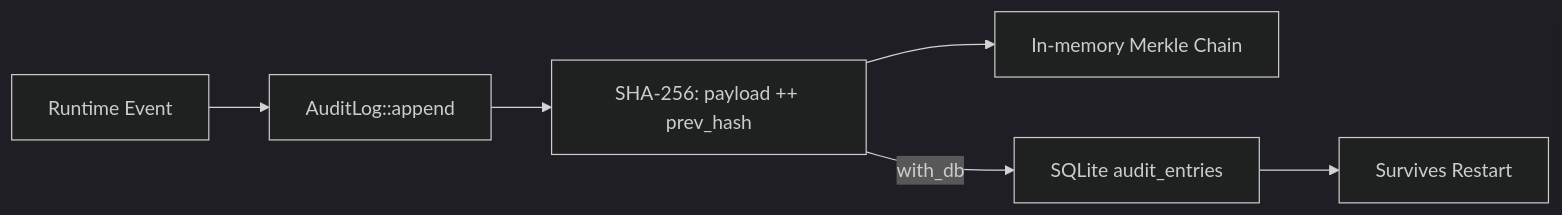
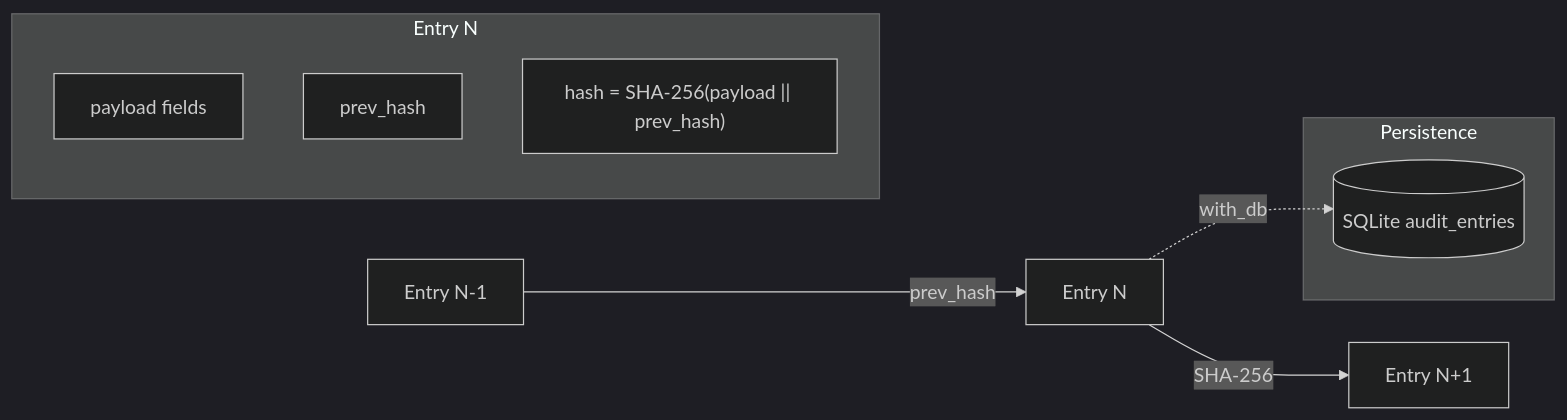
The diagram in other-librefang-runtime-audit.md (leszek3737/librefang-WIki), drawn with Mermaid (dark theme) before and after one commit. The commit also changed other lines of this file and 125 other files, not shown here.

````diff
--- a/other-librefang-runtime-audit.md
+++ b/other-librefang-runtime-audit.md
@@ -9,8 +15,18 @@
 ```mermaid
 flowchart LR
-    E[Runtime Event] --> A[AuditLog::append]
-    A --> H[SHA-256: payload ++ prev_hash]
-    H --> M[In-memory Merkle Chain]
-    H -->|with_db| S[SQLite audit_entries]
-    S --> R[Survives Restart]
+    E1[Entry N-1] -->|prev_hash| E2[Entry N]
+    E2 -->|SHA-256| E3[Entry N+1]
+
+    subgraph "Entry N"
+        direction TB
+        P[payload fields]
+        H[prev_hash]
+        C["hash = SHA-256(payload || prev_hash)"]
+    end
+
+    subgraph "Persistence"
+        DB[(SQLite audit_entries)]
+    end
+
+    E2 -.->|with_db| DB
 ```
````
